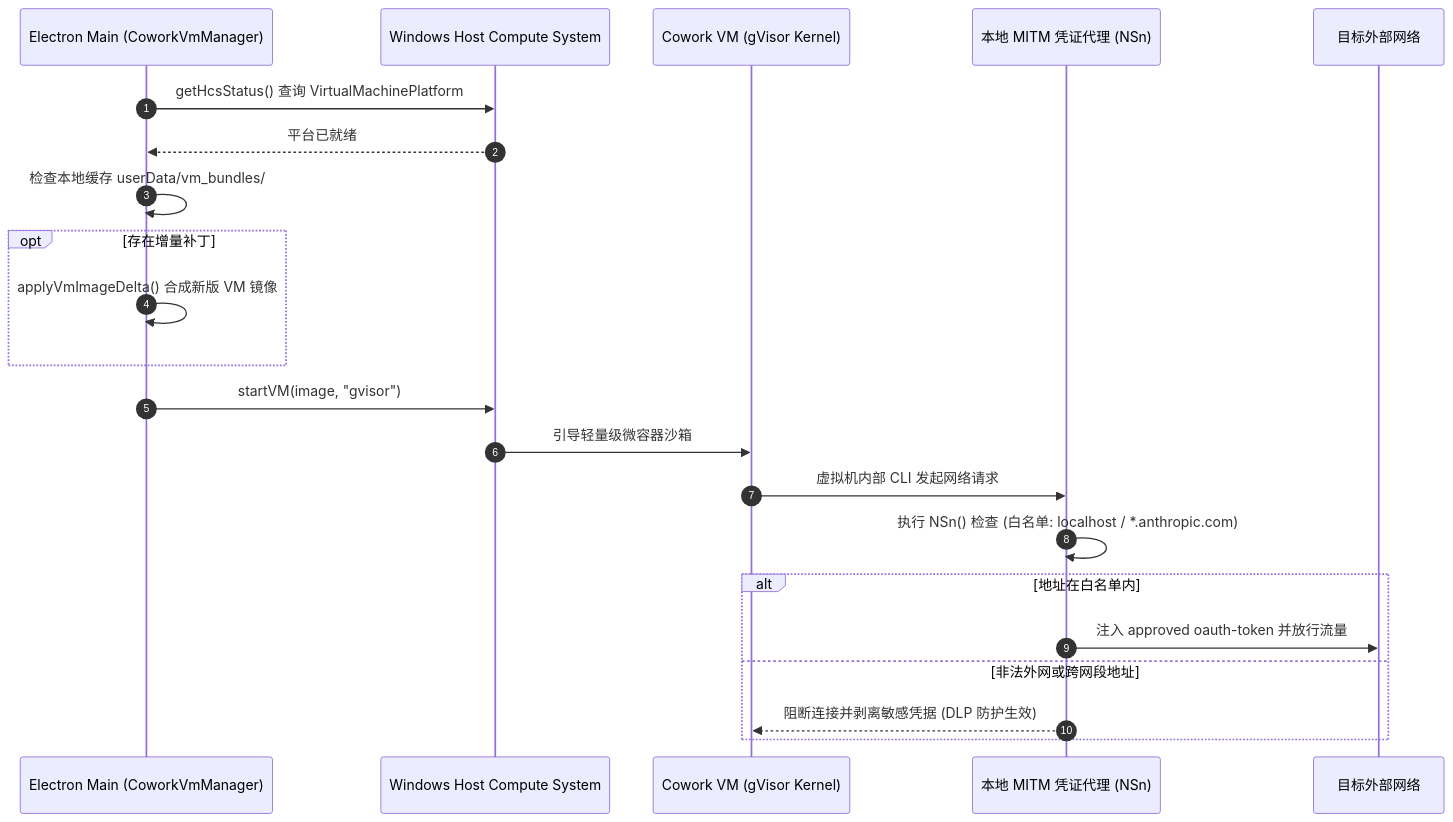
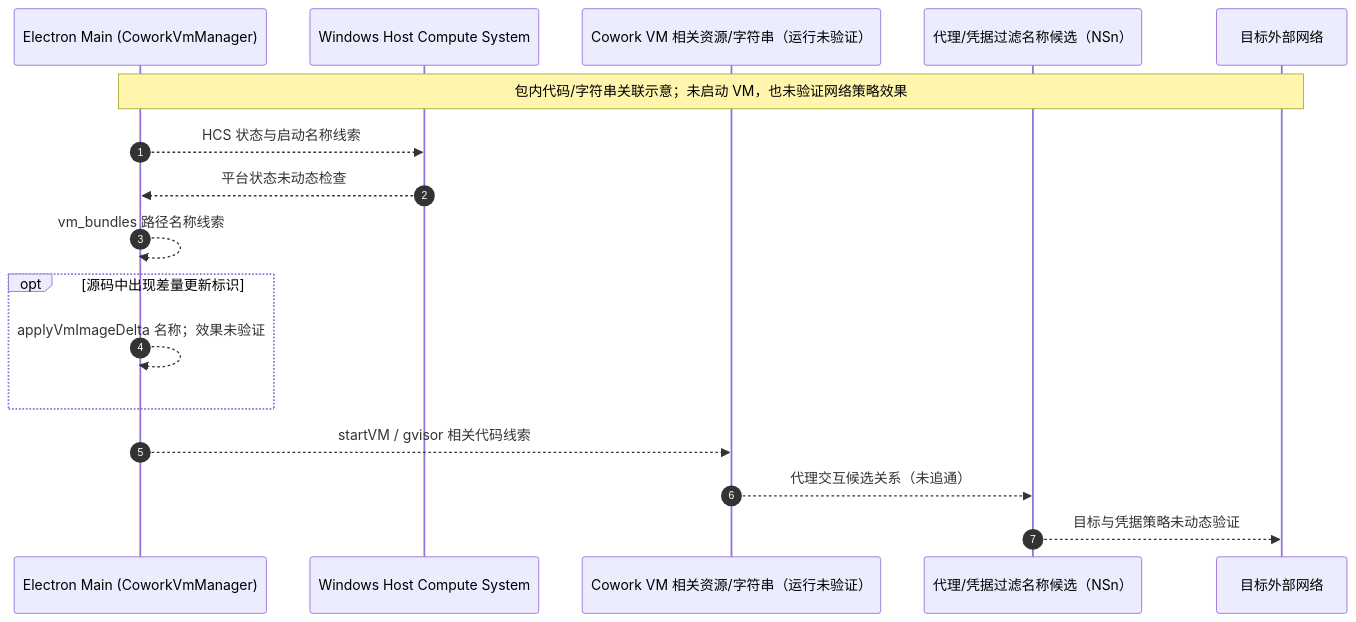
Before and after one commit to tyloryang/claude-code-desktop-reverse-analyse: the fourth of 5 diagrams in claude-desktop-architecture.md, drawn with Mermaid. The commit also changed other lines of this file and 17 other files, not shown here.

````diff
--- a/claude-desktop-architecture.md
+++ b/claude-desktop-architecture.md
@@ -914,25 +870,21 @@
 ```mermaid
 sequenceDiagram
     autonumber
     participant Main as Electron Main (CoworkVmManager)
     participant HCS as Windows Host Compute System
-    participant VM as Cowork VM (gVisor Kernel)
-    participant MITM as 本地 MITM 凭证代理 (NSn)
+    participant VM as Cowork VM 相关资源/字符串（运行未验证）
+    participant MITM as 代理/凭据过滤名称候选（NSn）
     participant Egress as 目标外部网络
 
-    Main->>HCS: getHcsStatus() 查询 VirtualMachinePlatform
-    HCS-->>Main: 平台已就绪
-    Main->>Main: 检查本地缓存 userData/vm_bundles/
-    opt 存在增量补丁
-        Main->>Main: applyVmImageDelta() 合成新版 VM 镜像
+    Note over Main,Egress: 包内代码/字符串关联示意；未启动 VM，也未验证网络策略效果
+
+    Main-->>HCS: HCS 状态与启动名称线索
+    HCS-->>Main: 平台状态未动态检查
+    Main-->>Main: vm_bundles 路径名称线索
+    opt 源码中出现差量更新标识
+        Main-->>Main: applyVmImageDelta 名称；效果未验证
     end
-    Main->>HCS: startVM(image, "gvisor")
-    HCS->>VM: 引导轻量级微容器沙箱
-    VM->>MITM: 虚拟机内部 CLI 发起网络请求
-    MITM->>MITM: 执行 NSn() 检查 (白名单: localhost / *.anthropic.com)
-    alt 地址在白名单内
-        MITM->>Egress: 注入 approved oauth-token 并放行流量
-    else 非法外网或跨网段地址
-        MITM-->>VM: 阻断连接并剥离敏感凭据 (DLP 防护生效)
-    end
+    Main-->>VM: startVM / gvisor 相关代码线索
+    VM-->>MITM: 代理交互候选关系（未追通）
+    MITM-->>Egress: 目标与凭据策略未动态验证
 ```
````
